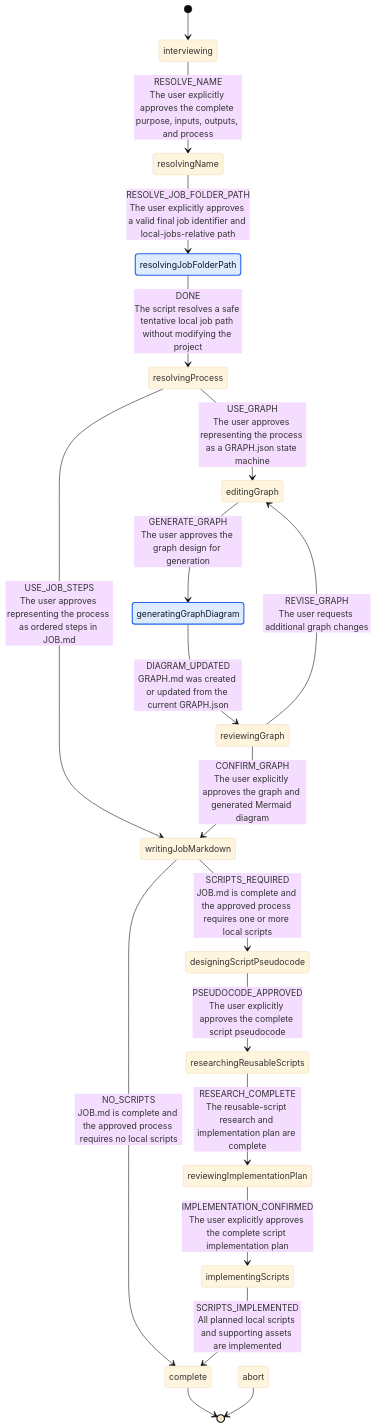
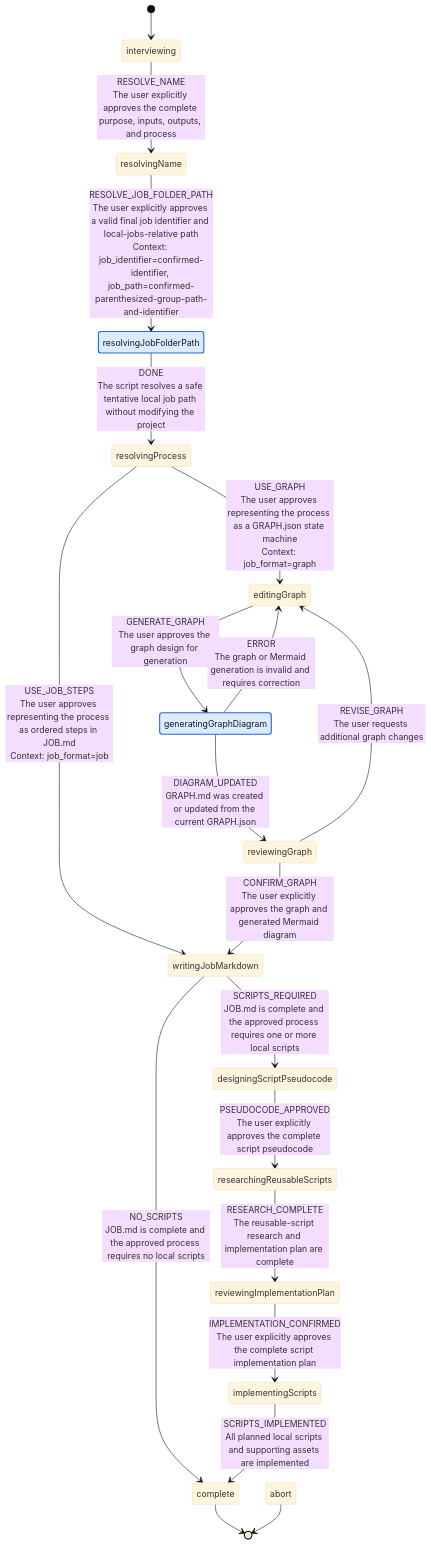
Before and after one commit to anurbanlion/graph-engineering-lite-skill: the diagram in .graph-engineering/local/jobs/design-job-v2/GRAPH.md, drawn with Mermaid (base theme). The commit also changed 16 other files, not shown here.

Commit message:
feat(graph-engineering): add typed runtime and spawn orchestration

````diff
--- a/.graph-engineering/local/jobs/design-job-v2/GRAPH.md
+++ b/.graph-engineering/local/jobs/design-job-v2/GRAPH.md
@@ -3,40 +3,42 @@
 ```mermaid
 stateDiagram-v2
 
     [*] --> interviewing
 
     interviewing --> resolvingName: RESOLVE_NAME<br/>The user explicitly approves the complete purpose, inputs, outputs, and process
 
-    resolvingName --> resolvingJobFolderPath: RESOLVE_JOB_FOLDER_PATH<br/>The user explicitly approves a valid final job identifier and local-jobs-relative path
+    resolvingName --> resolvingJobFolderPath: RESOLVE_JOB_FOLDER_PATH<br/>The user explicitly approves a valid final job identifier and local-jobs-relative path<br/>Context: job_identifier=confirmed-identifier, job_path=confirmed-parenthesized-group-path-and-identifier
 
     resolvingJobFolderPath --> resolvingProcess: DONE<br/>The script resolves a safe tentative local job path without modifying the project
 
-    resolvingProcess --> writingJobMarkdown: USE_JOB_STEPS<br/>The user approves representing the process as ordered steps in JOB.md
-    resolvingProcess --> editingGraph: USE_GRAPH<br/>The user approves representing the process as a GRAPH.json state machine
+    resolvingProcess --> writingJobMarkdown: USE_JOB_STEPS<br/>The user approves representing the process as ordered steps in JOB.md<br/>Context: job_format=job
+    resolvingProcess --> editingGraph: USE_GRAPH<br/>The user approves representing the process as a GRAPH.json state machine<br/>Context: job_format=graph
 
     writingJobMarkdown --> complete: NO_SCRIPTS<br/>JOB.md is complete and the approved process requires no local scripts
     writingJobMarkdown --> designingScriptPseudocode: SCRIPTS_REQUIRED<br/>JOB.md is complete and the approved process requires one or more local scripts
 
     editingGraph --> generatingGraphDiagram: GENERATE_GRAPH<br/>The user approves the graph design for generation
 
     generatingGraphDiagram --> reviewingGraph: DIAGRAM_UPDATED<br/>GRAPH.md was created or updated from the current GRAPH.json
+    generatingGraphDiagram --> editingGraph: ERROR<br/>The graph or Mermaid generation is invalid and requires correction
 
     reviewingGraph --> editingGraph: REVISE_GRAPH<br/>The user requests additional graph changes
     reviewingGraph --> writingJobMarkdown: CONFIRM_GRAPH<br/>The user explicitly approves the graph and generated Mermaid diagram
 
     designingScriptPseudocode --> researchingReusableScripts: PSEUDOCODE_APPROVED<br/>The user explicitly approves the complete script pseudocode
 
     researchingReusableScripts --> reviewingImplementationPlan: RESEARCH_COMPLETE<br/>The reusable-script research and implementation plan are complete
 
     reviewingImplementationPlan --> implementingScripts: IMPLEMENTATION_CONFIRMED<br/>The user explicitly approves the complete script implementation plan
 
     implementingScripts --> complete: SCRIPTS_IMPLEMENTED<br/>All planned local scripts and supporting assets are implemented
 
     complete --> [*]
     abort --> [*]
 
     classDef scriptState fill:#DCEBFF,stroke:#2563EB,stroke-width:2px,color:#111827
     classDef switchState fill:#FEE2E2,stroke:#DC2626,stroke-width:2px,color:#111827
+    classDef spawnState fill:#FEF3C7,stroke:#D97706,stroke-width:2px,color:#111827
 
     class resolvingJobFolderPath,generatingGraphDiagram scriptState
 ```
````
